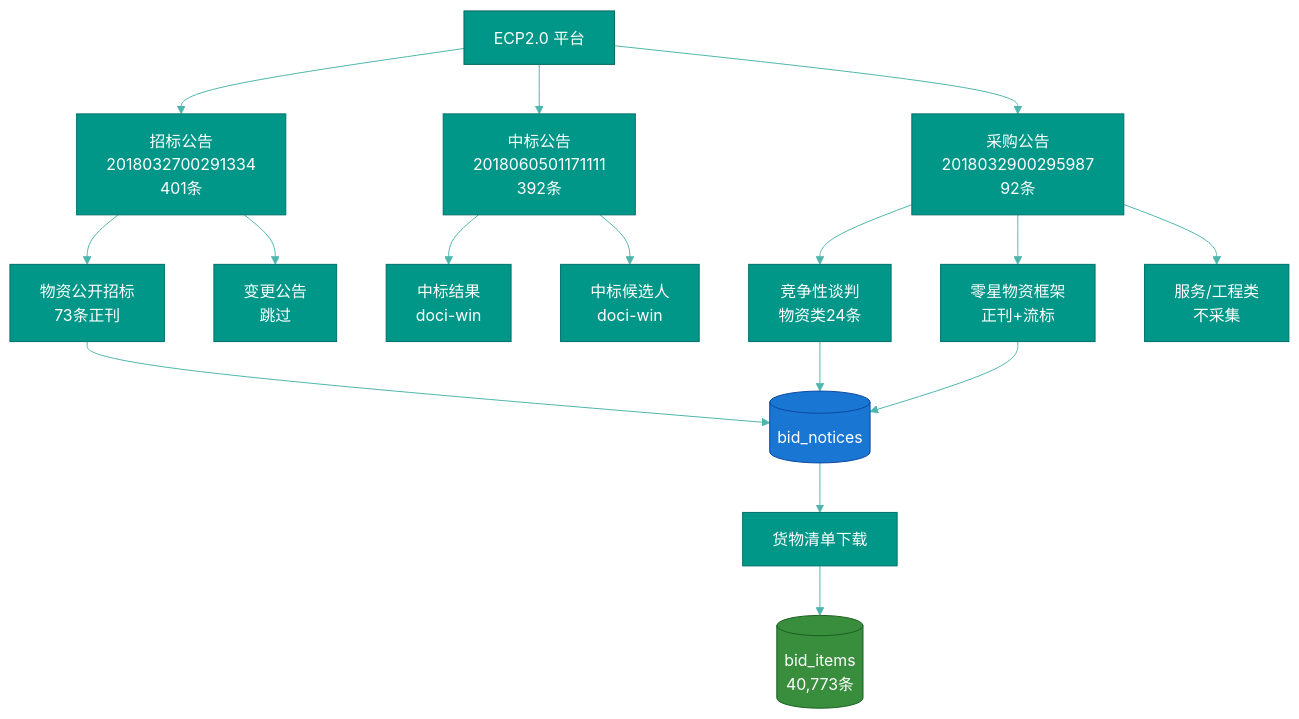
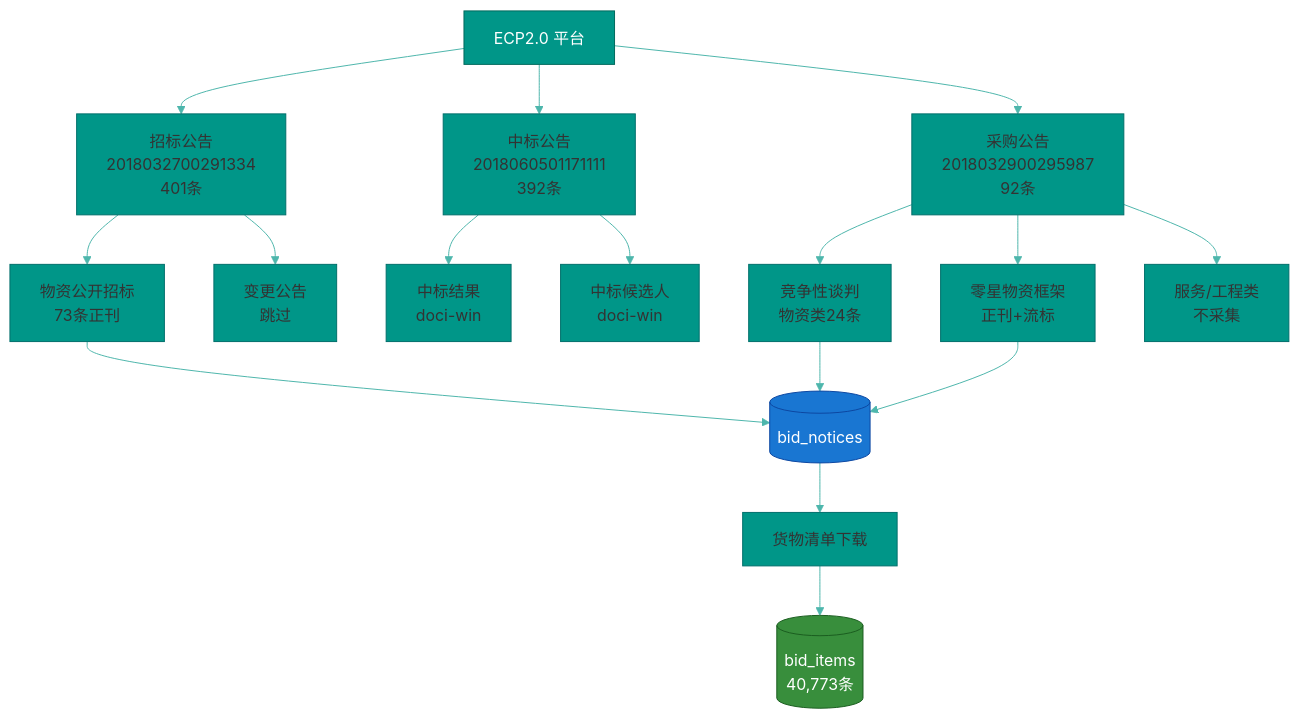
Before and after one commit to lilacseeking/bidding-ecp-data: the first of 6 diagrams in README.md, drawn with Mermaid. The commit also changed other lines of this file, not shown here.

First line of the commit message:
fix: 移除mermaid init中primaryTextColor白字, 保留深色节点style白字

````diff
--- a/README.md
+++ b/README.md
@@ -58,28 +58,28 @@
 ```mermaid
-%%{init: {'theme': 'base', 'themeVariables': { 'primaryColor': '#009688', 'primaryTextColor': '#fff', 'primaryBorderColor': '#006f6b', 'lineColor': '#4db6ac', 'secondaryColor': '#e0f2f1', 'tertiaryColor': '#f5f5f5'}}}%%
+%%{init: {'theme': 'base', 'themeVariables': { 'primaryColor': '#009688', 'primaryBorderColor': '#006f6b', 'lineColor': '#4db6ac', 'secondaryColor': '#e0f2f1', 'tertiaryColor': '#f5f5f5'}}}%%
 graph TB
     A[ECP2.0 平台] --> B[招标公告<br/>2018032700291334<br/>401条]
     A --> C[中标公告<br/>2018060501171111<br/>392条]
     A --> D[采购公告<br/>2018032900295987<br/>92条]
 
     B --> B1[物资公开招标<br/>73条正刊]
     B --> B2[变更公告<br/>跳过]
 
     C --> C1[中标结果<br/>doci-win]
     C --> C2[中标候选人<br/>doci-win]
 
     D --> D1[竞争性谈判<br/>物资类24条]
     D --> D2[零星物资框架<br/>正刊+流标]
     D --> D3[服务/工程类<br/>不采集]
 
     B1 --> E[(bid_notices)]
     D1 --> E
     D2 --> E
 
     E --> F[货物清单下载]
     F --> G[(bid_items<br/>40,773条)]
 
     style A fill:#009688,color:#fff,stroke:#00695C
     style E fill:#1976D2,color:#fff,stroke:#0D47A1
     style G fill:#388E3C,color:#fff,stroke:#1B5E20
 ```
````
